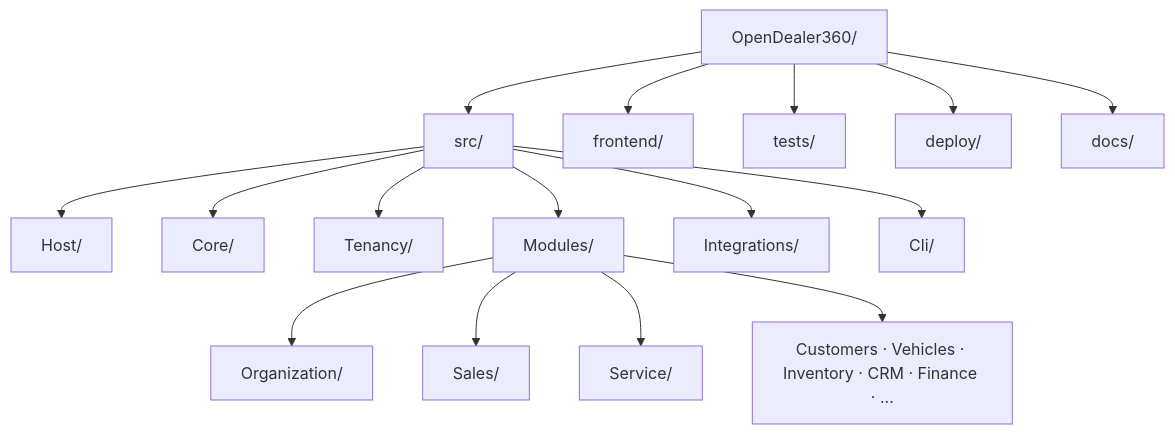
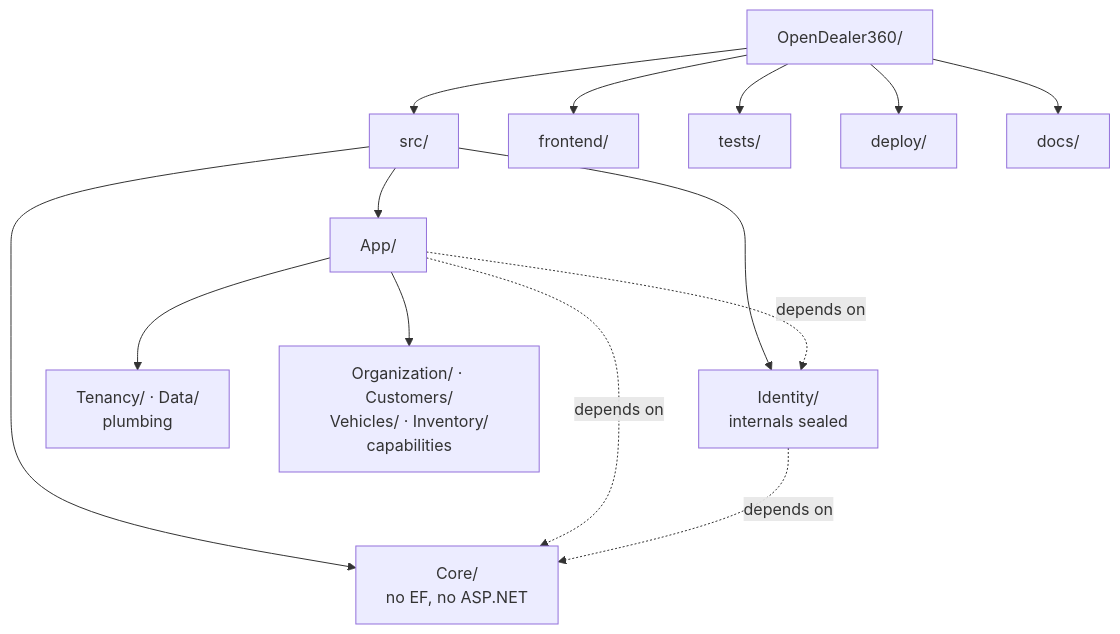
One commit to PoulaAdel/DealerFOSS changed the first of 3 diagrams in docs/diagrams/02-project-structure.md. Above: the diagram before and after it, drawn with Mermaid. The commit also changed other lines of this file and 195 other files, not shown here.

````diff
--- a/docs/diagrams/02-project-structure.md
+++ b/docs/diagrams/02-project-structure.md
@@ -5,18 +8,16 @@
 ```mermaid
 flowchart TB
     Root["OpenDealer360/"] --> Src["src/"]
     Root --> Front["frontend/"]
     Root --> Tests["tests/"]
     Root --> Deploy["deploy/"]
     Root --> Docs["docs/"]
-    Src --> Host["Host/"]
-    Src --> Core["Core/"]
-    Src --> Tenancy["Tenancy/"]
-    Src --> Modules["Modules/"]
-    Src --> Integrations["Integrations/"]
-    Src --> Cli["Cli/"]
-    Modules --> Org["Organization/"]
-    Modules --> Sales["Sales/"]
-    Modules --> Service["Service/"]
-    Modules --> Others["Customers · Vehicles · Inventory · CRM · Finance · ..."]
+    Src --> Core["Core/<br/>no EF, no ASP.NET"]
+    Src --> Identity["Identity/<br/>internals sealed"]
+    Src --> App["App/"]
+    App --> Plumbing["Tenancy/ · Data/<br/>plumbing"]
+    App --> Features["Organization/ · Customers/<br/>Vehicles/ · Inventory/<br/>capabilities"]
+    App -.depends on.-> Identity
+    App -.depends on.-> Core
+    Identity -.depends on.-> Core
 ```
````
